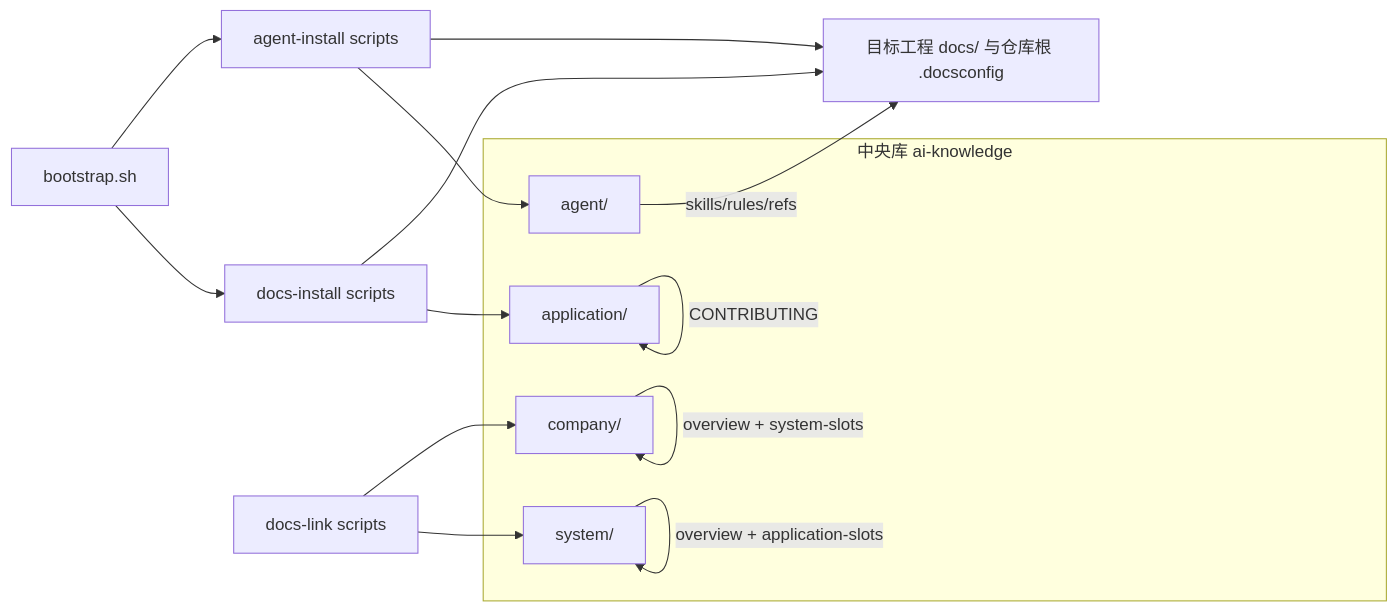
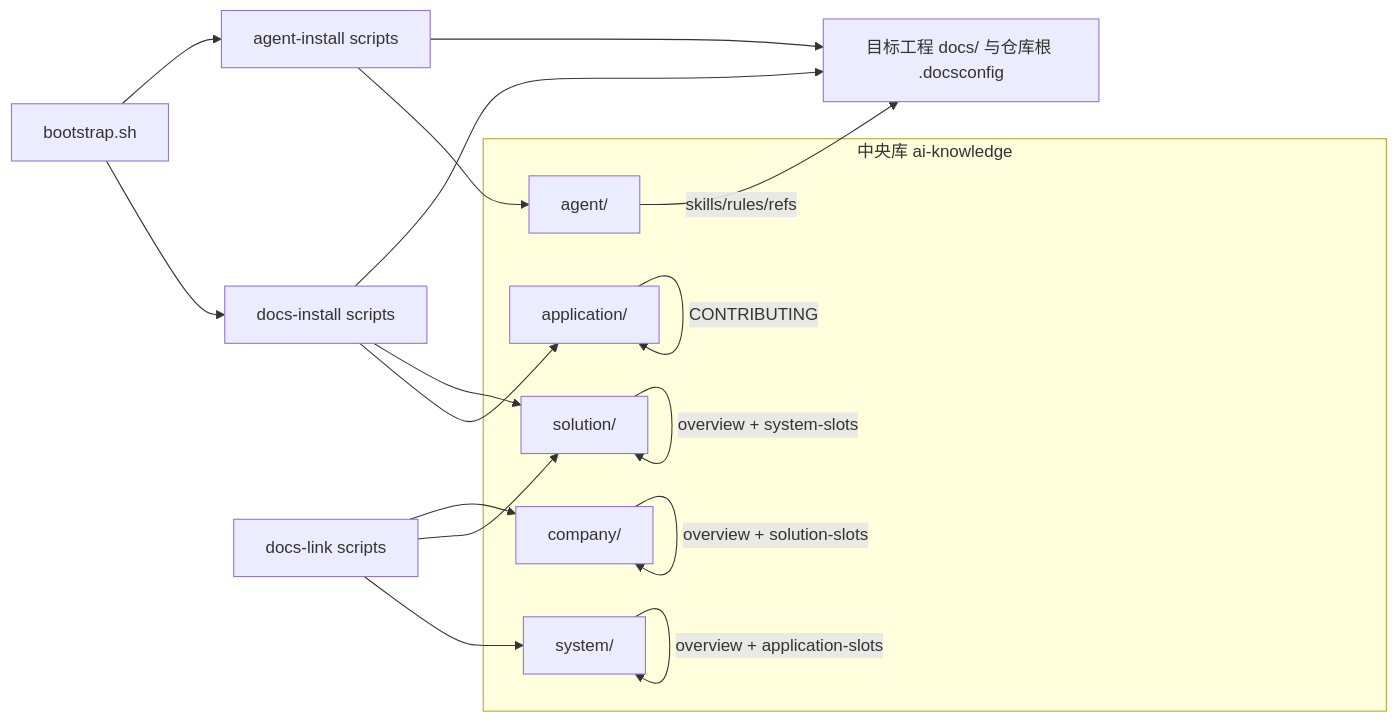
Before and after one commit to oleewen/ai-knowledge: the first of 2 diagrams in INDEX-GUIDE.md, drawn with Mermaid. The commit also changed other lines of this file and 351 other files, not shown here.

````diff
--- a/INDEX-GUIDE.md
+++ b/INDEX-GUIDE.md
@@ -88,26 +99,30 @@
 ```mermaid
 flowchart LR
   subgraph central["中央库 ai-knowledge"]
     app["application/"]
     ag["agent/"]
     sys["system/"]
+    sln["solution/"]
     co["company/"]
   end
   tgt["目标工程 docs/ 与仓库根 .docsconfig"]
   boot["bootstrap.sh"]
   di["docs-install scripts"]
   ai["agent-install scripts"]
   dl["docs-link scripts"]
   boot --> di
   boot --> ai
   di --> app
+  di --> sln
   di --> tgt
   ai --> ag
   ai --> tgt
   dl --> sys
+  dl --> sln
   dl --> co
   app -->|"CONTRIBUTING"| app
   sys -->|"overview + application-slots"| sys
-  co -->|"overview + system-slots"| co
+  sln -->|"overview + system-slots"| sln
+  co -->|"overview + solution-slots"| co
   ag -->|"skills/rules/refs"| tgt
 ```
````
